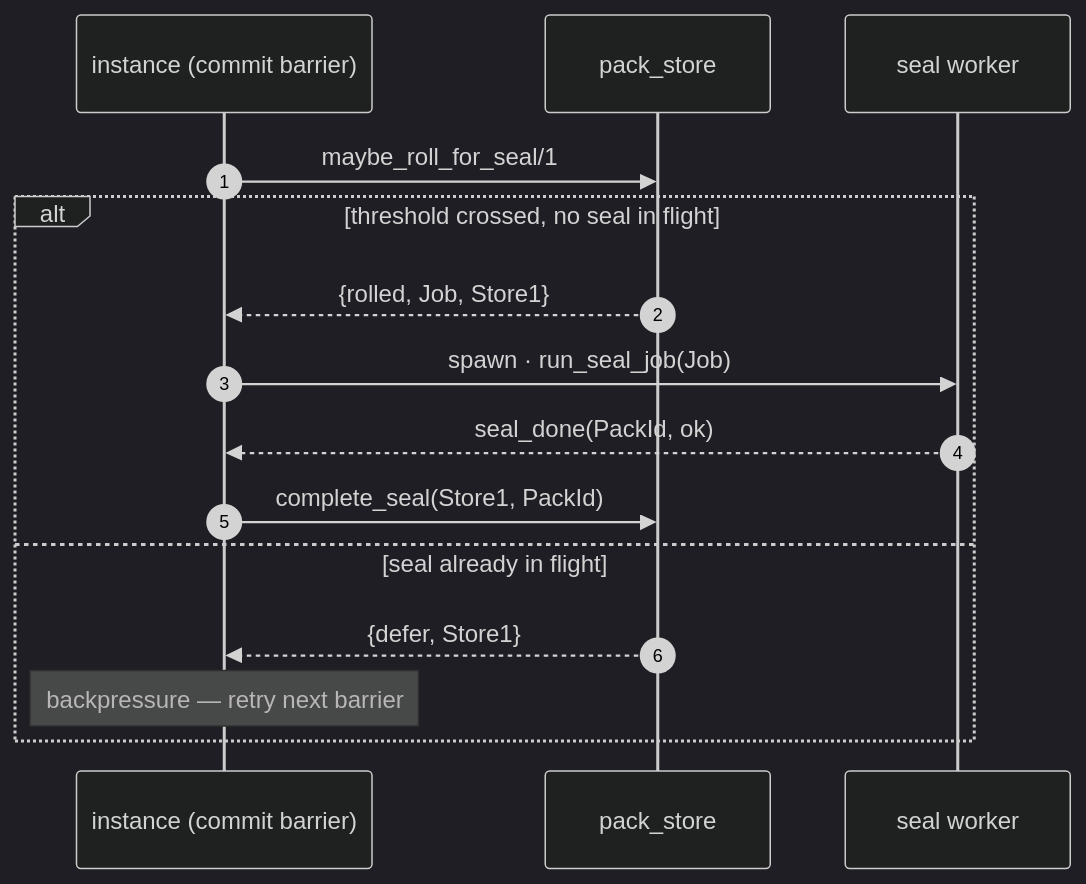
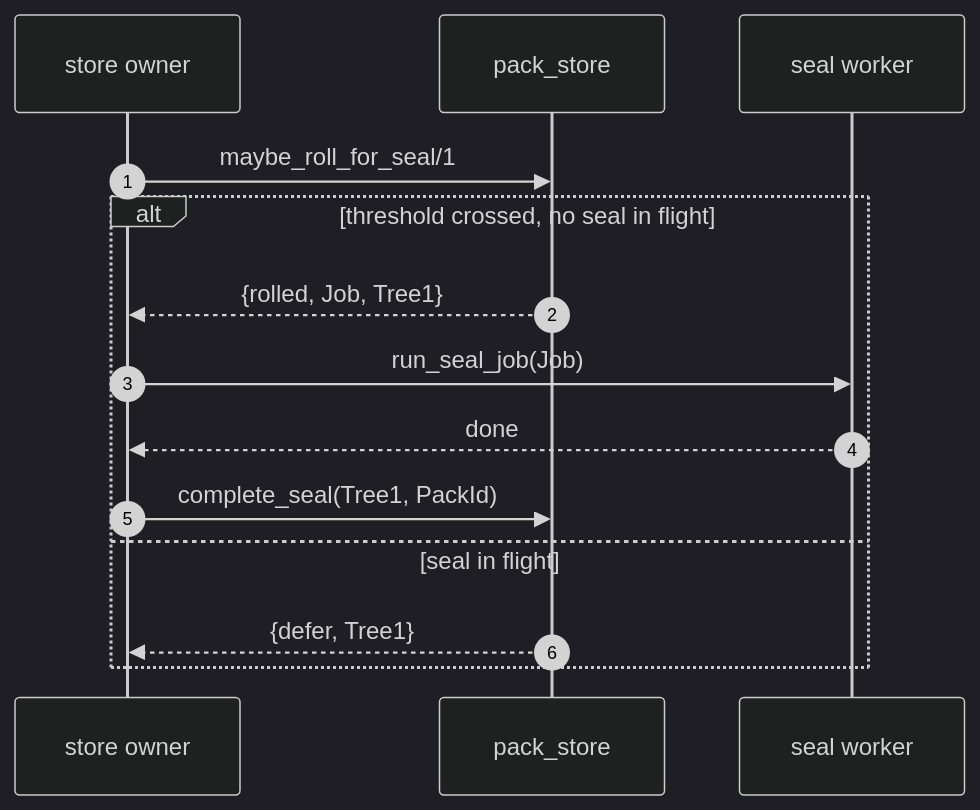
Before and after one commit to bondy-io/bondy: the seventh of 9 diagrams in apps/bondy_mst/doc_extras/architecture/02_bondy_mst.md, drawn with Mermaid (dark theme). The commit also changed other lines of this file and 449 other files, not shown here.

````diff
--- a/apps/bondy_mst/doc_extras/architecture/02_bondy_mst.md
+++ b/apps/bondy_mst/doc_extras/architecture/02_bondy_mst.md
@@ -304,18 +304,17 @@
 ```mermaid
 sequenceDiagram
     autonumber
-    participant Inst as instance (commit barrier)
+    participant Owner as store owner
     participant Store as pack_store
     participant Worker as seal worker
 
-    Inst->>Store: maybe_roll_for_seal/1
+    Owner->>Store: maybe_roll_for_seal/1
     alt threshold crossed, no seal in flight
-        Store-->>Inst: {rolled, Job, Store1}
-        Inst->>Worker: spawn · run_seal_job(Job)
-        Worker-->>Inst: seal_done(PackId, ok)
-        Inst->>Store: complete_seal(Store1, PackId)
-    else seal already in flight
-        Store-->>Inst: {defer, Store1}
-        Note over Inst: backpressure — retry next barrier
+        Store-->>Owner: {rolled, Job, Tree1}
+        Owner->>Worker: run_seal_job(Job)
+        Worker-->>Owner: done
+        Owner->>Store: complete_seal(Tree1, PackId)
+    else seal in flight
+        Store-->>Owner: {defer, Tree1}
     end
 ```
````
